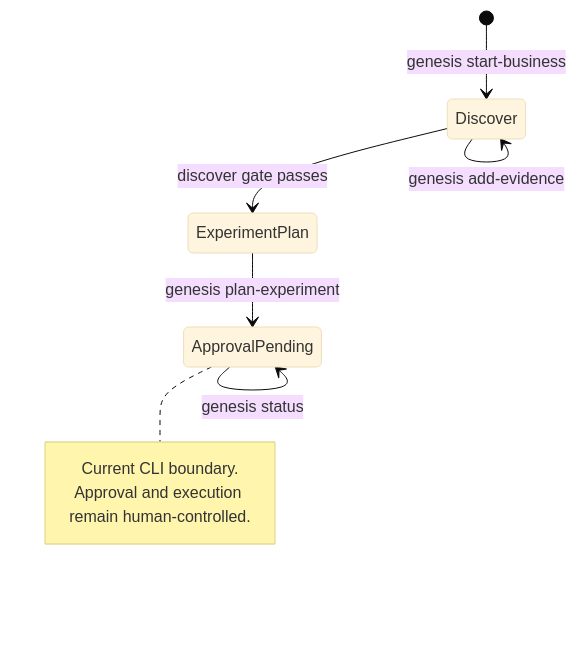
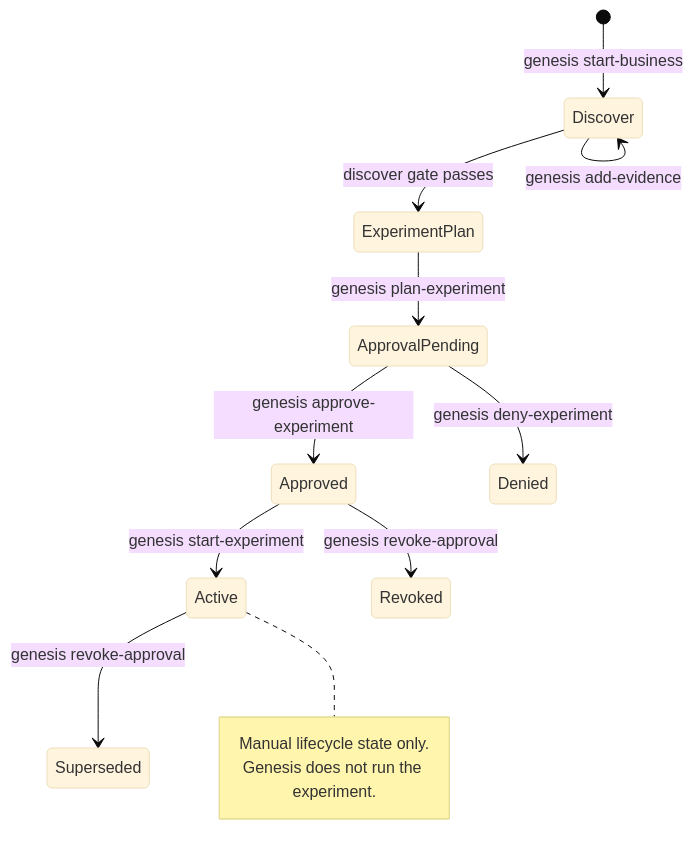
Before and after one commit to zee-cpu/Genesis: the second of 3 diagrams in README.md, drawn with Mermaid (base theme). The commit also changed other lines of this file and 16 other files, not shown here.

Commit message:
Add human approval workflow

````diff
--- a/README.md
+++ b/README.md
@@ -106,12 +109,16 @@
 ```mermaid
 stateDiagram-v2
     [*] --> Discover: genesis start-business
     Discover --> Discover: genesis add-evidence
     Discover --> ExperimentPlan: discover gate passes
     ExperimentPlan --> ApprovalPending: genesis plan-experiment
-    ApprovalPending --> ApprovalPending: genesis status
-    note right of ApprovalPending
-      Current CLI boundary.
-      Approval and execution remain human-controlled.
+    ApprovalPending --> Approved: genesis approve-experiment
+    ApprovalPending --> Denied: genesis deny-experiment
+    Approved --> Active: genesis start-experiment
+    Approved --> Revoked: genesis revoke-approval
+    Active --> Superseded: genesis revoke-approval
+    note right of Active
+      Manual lifecycle state only.
+      Genesis does not run the experiment.
     end note
 ```
````
